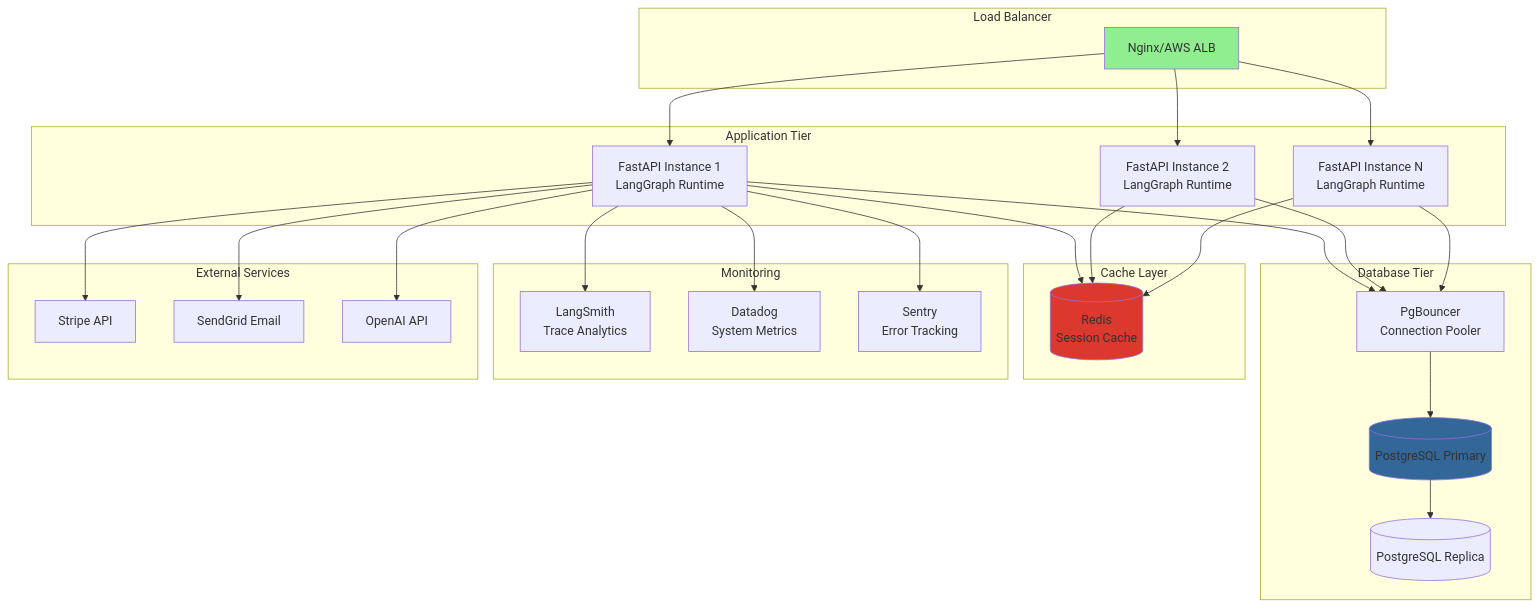
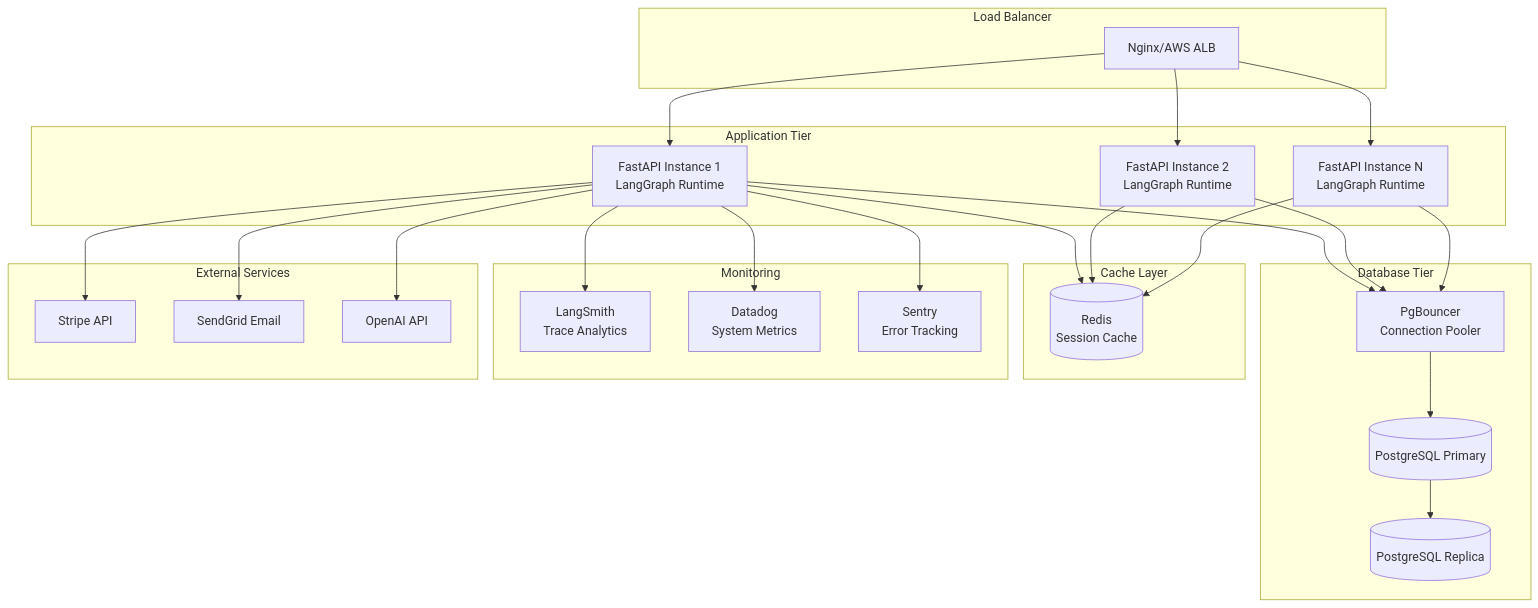
One commit to blockvoltcr7/langgraph-supervisors changed diagram 12 of 23 in limitlessos/ARCHITECTURE_DIAGRAMS.md. Above: the diagram before and after it, drawn with Mermaid. The commit also changed other lines of this file and 17 other files, not shown here.

````diff
--- a/limitlessos/ARCHITECTURE_DIAGRAMS.md
+++ b/limitlessos/ARCHITECTURE_DIAGRAMS.md
@@ -529,61 +494,57 @@
 ```mermaid
 graph TB
     subgraph "Load Balancer"
         LB[Nginx/AWS ALB]
     end
     
     subgraph "Application Tier"
         APP1[FastAPI Instance 1<br/>LangGraph Runtime]
         APP2[FastAPI Instance 2<br/>LangGraph Runtime]
         APP3[FastAPI Instance N<br/>LangGraph Runtime]
     end
     
     subgraph "Database Tier"
         PG_PRIMARY[(PostgreSQL Primary)]
         PG_REPLICA[(PostgreSQL Replica)]
         PGBOUNCER[PgBouncer<br/>Connection Pooler]
     end
     
     subgraph "Cache Layer"
         REDIS[(Redis<br/>Session Cache)]
     end
     
     subgraph "Monitoring"
         LANGSMITH[LangSmith<br/>Trace Analytics]
         DATADOG[Datadog<br/>System Metrics]
         SENTRY[Sentry<br/>Error Tracking]
     end
     
     subgraph "External Services"
         STRIPE[Stripe API]
         SENDGRID[SendGrid Email]
         OPENAI[OpenAI API]
     end
     
     LB --> APP1
     LB --> APP2
     LB --> APP3
     
     APP1 --> PGBOUNCER
     APP2 --> PGBOUNCER
     APP3 --> PGBOUNCER
     
     PGBOUNCER --> PG_PRIMARY
     PG_PRIMARY --> PG_REPLICA
     
     APP1 --> REDIS
     APP2 --> REDIS
     APP3 --> REDIS
     
     APP1 --> OPENAI
     APP1 --> STRIPE
     APP1 --> SENDGRID
     
     APP1 --> LANGSMITH
     APP1 --> DATADOG
     APP1 --> SENTRY
-    
-    style PG_PRIMARY fill:#336699
-    style REDIS fill:#DC382D
-    style LB fill:#90EE90
 ```
````
